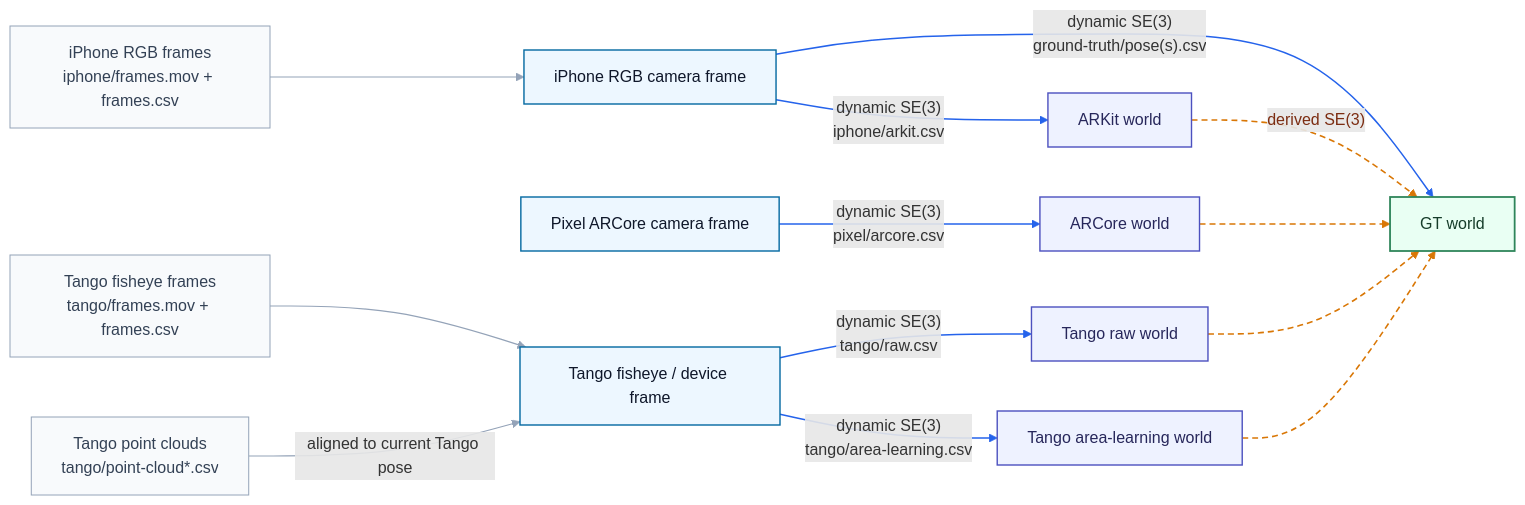
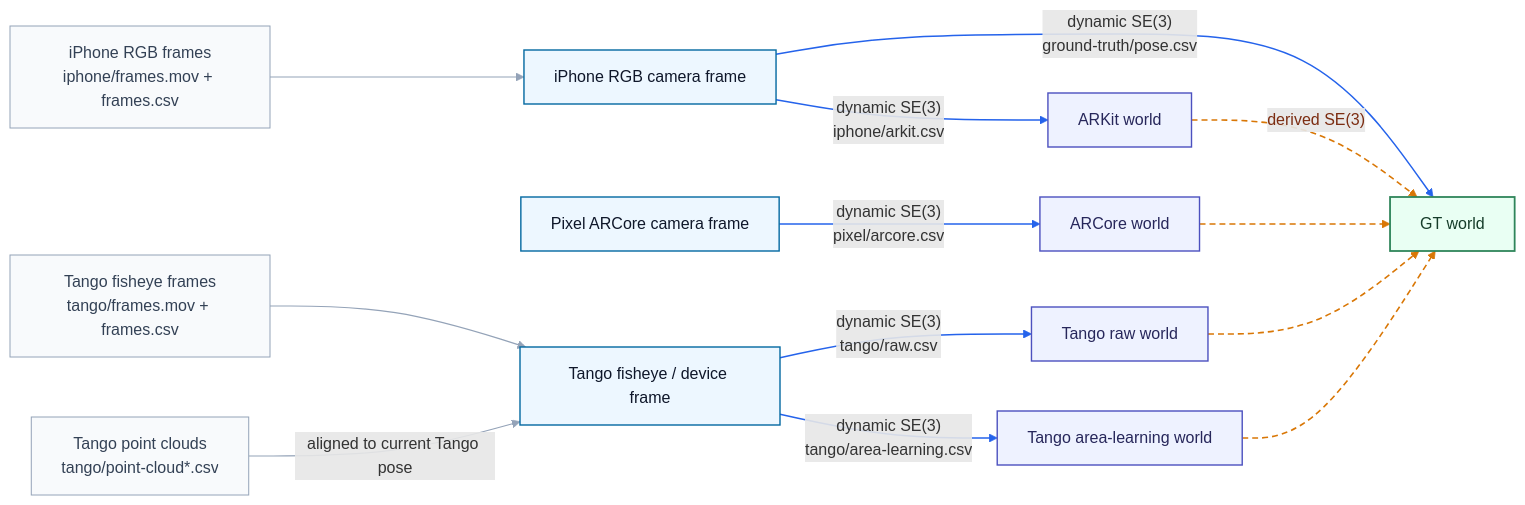
One commit to JanDuchscherer104/prml-vslam changed the diagram in docs/figures/mermaid/advio-transform-tree.mmd. Above: the diagram before and after it, drawn with Mermaid. The commit also changed 6 other files, not shown here.

```diff
--- a/docs/figures/mermaid/advio-transform-tree.mmd
+++ b/docs/figures/mermaid/advio-transform-tree.mmd
@@ -1,58 +1,58 @@
 flowchart LR
   ICAM["iPhone RGB camera frame"]
   PCAM["Pixel ARCore camera frame"]
   TCAM["Tango fisheye / device frame"]
 
   GTW["GT world"]
   ARKW["ARKit world"]
   ARCW["ARCore world"]
   TRW["Tango raw world"]
   TAW["Tango area-learning world"]
 
   IRGB["iPhone RGB frames<br/>iphone/frames.mov + frames.csv"]
   TRGB["Tango fisheye frames<br/>tango/frames.mov + frames.csv"]
   TPC["Tango point clouds<br/>tango/point-cloud*.csv"]
 
   IRGB --> ICAM
   TRGB --> TCAM
   TPC -->|"aligned to current Tango pose"| TCAM
 
-  ICAM -->|"dynamic SE(3)<br/>ground-truth/pose(s).csv"| GTW
+  ICAM -->|"dynamic SE(3)<br/>ground-truth/pose.csv"| GTW
   ICAM -->|"dynamic SE(3)<br/>iphone/arkit.csv"| ARKW
   PCAM -->|"dynamic SE(3)<br/>pixel/arcore.csv"| ARCW
   TCAM -->|"dynamic SE(3)<br/>tango/raw.csv"| TRW
   TCAM -->|"dynamic SE(3)<br/>tango/area-learning.csv"| TAW
 
   ARKW -.->|"derived SE(3)"| GTW
   ARCW -.-> GTW
   TRW -.-> GTW
   TAW -.-> GTW
 
   style GTW fill:#e9fff3,stroke:#2f855a,color:#163d2a,stroke-width:1.8px
   style ARKW fill:#eef2ff,stroke:#4c51bf,color:#27275b,stroke-width:1.4px
   style ARCW fill:#eef2ff,stroke:#4c51bf,color:#27275b,stroke-width:1.4px
   style TRW fill:#eef2ff,stroke:#4c51bf,color:#27275b,stroke-width:1.4px
   style TAW fill:#eef2ff,stroke:#4c51bf,color:#27275b,stroke-width:1.4px
 
   style ICAM fill:#edf7ff,stroke:#0369a1,color:#0f172a,stroke-width:1.4px
   style PCAM fill:#edf7ff,stroke:#0369a1,color:#0f172a,stroke-width:1.4px
   style TCAM fill:#edf7ff,stroke:#0369a1,color:#0f172a,stroke-width:1.4px
 
   style IRGB fill:#f8fafc,stroke:#94a3b8,color:#334155
   style TRGB fill:#f8fafc,stroke:#94a3b8,color:#334155
   style TPC fill:#f8fafc,stroke:#94a3b8,color:#334155
 
   linkStyle 0 stroke:#94a3b8,stroke-width:1.2px
   linkStyle 1 stroke:#94a3b8,stroke-width:1.2px
   linkStyle 2 stroke:#94a3b8,stroke-width:1.2px
 
   linkStyle 3 stroke:#2563eb,stroke-width:1.5px
   linkStyle 4 stroke:#2563eb,stroke-width:1.5px
   linkStyle 5 stroke:#2563eb,stroke-width:1.5px
   linkStyle 6 stroke:#2563eb,stroke-width:1.5px
   linkStyle 7 stroke:#2563eb,stroke-width:1.5px
 
   linkStyle 8 stroke:#d97706,stroke-width:1.6px,stroke-dasharray:6 4,color:#7c2d12
   linkStyle 9 stroke:#d97706,stroke-width:1.6px,stroke-dasharray:6 4,color:#7c2d12
   linkStyle 10 stroke:#d97706,stroke-width:1.6px,stroke-dasharray:6 4,color:#7c2d12
   linkStyle 11 stroke:#d97706,stroke-width:1.6px,stroke-dasharray:6 4,color:#7c2d12
```
